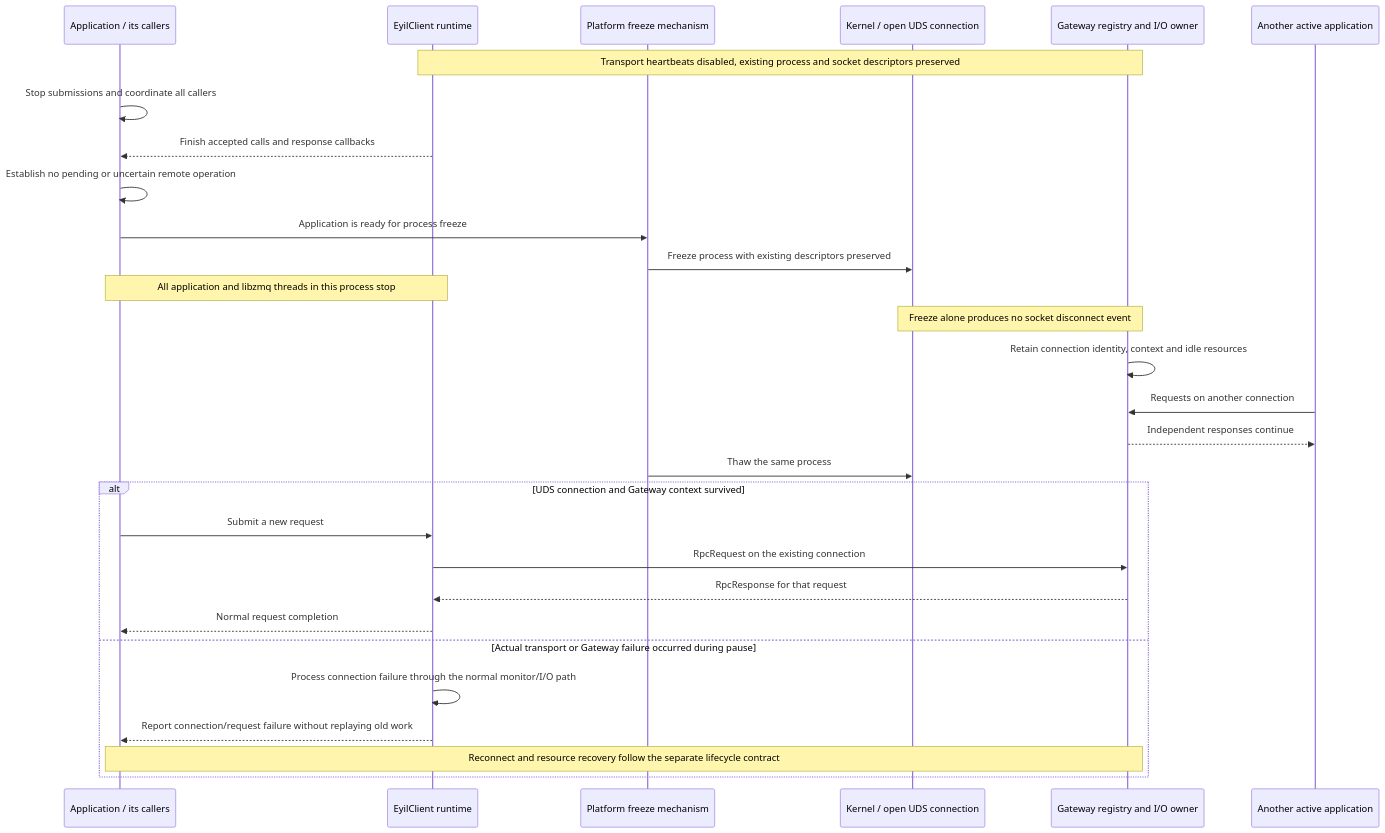
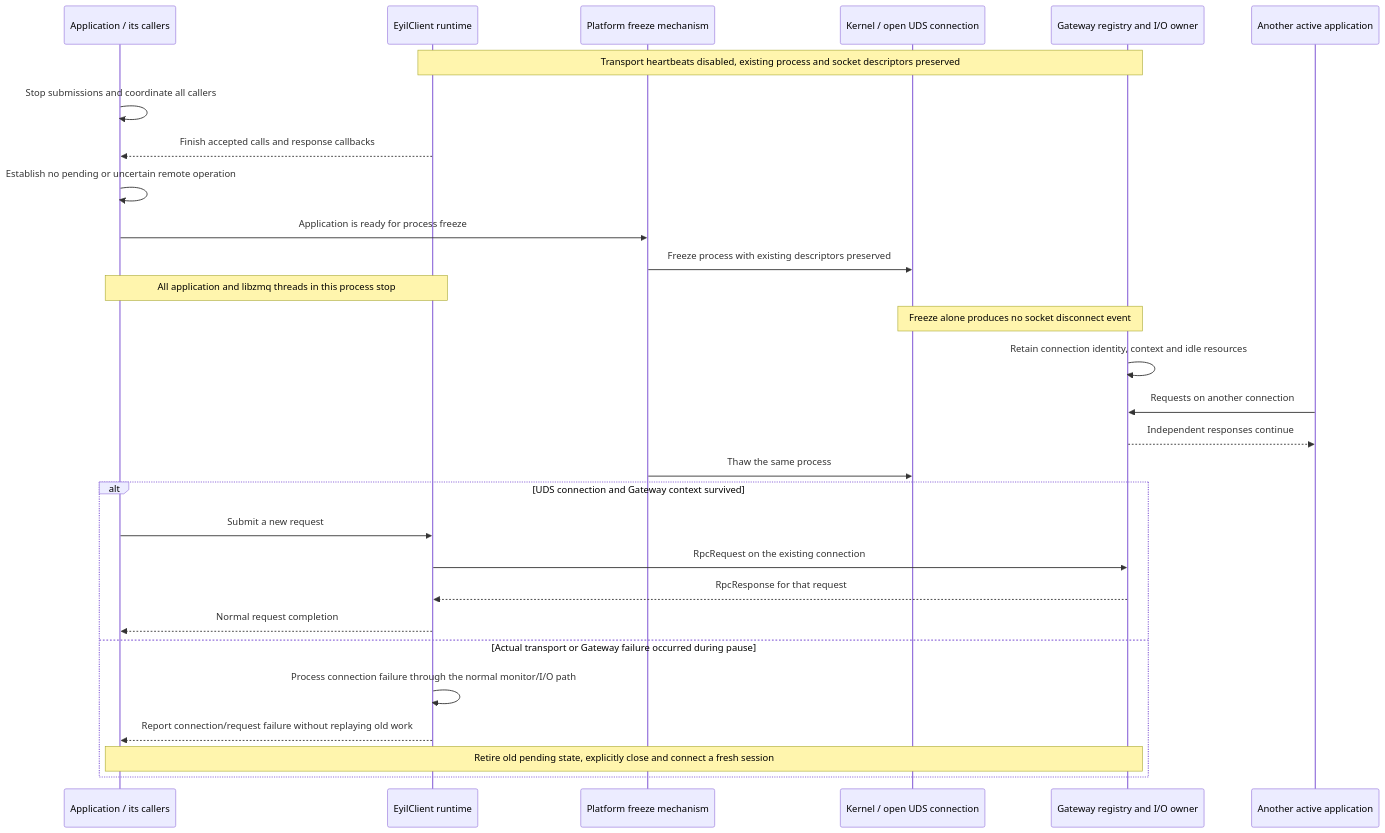
Diagram 31 of 35 in doc/EyilSecureGateway.md (rdkcentral/eyil-secure-gateway), drawn with Mermaid before and after one commit. The commit also changed other lines of this file, not shown here.

````diff
--- a/doc/EyilSecureGateway.md
+++ b/doc/EyilSecureGateway.md
@@ -3372,31 +4141,31 @@
 ```mermaid
 sequenceDiagram
     participant A as Application / its callers
     participant C as EyilClient runtime
     participant P as Platform freeze mechanism
     participant K as Kernel / open UDS connection
     participant G as Gateway registry and I/O owner
     participant O as Another active application
     Note over C,G: Transport heartbeats disabled, existing process and socket descriptors preserved
     A->>A: Stop submissions and coordinate all callers
     C-->>A: Finish accepted calls and response callbacks
     A->>A: Establish no pending or uncertain remote operation
     A->>P: Application is ready for process freeze
     P->>K: Freeze process with existing descriptors preserved
     Note over A,C: All application and libzmq threads in this process stop
     Note over K,G: Freeze alone produces no socket disconnect event
     G->>G: Retain connection identity, context and idle resources
     O->>G: Requests on another connection
     G-->>O: Independent responses continue
     P->>K: Thaw the same process
     alt UDS connection and Gateway context survived
         A->>C: Submit a new request
         C->>G: RpcRequest on the existing connection
         G-->>C: RpcResponse for that request
         C-->>A: Normal request completion
     else Actual transport or Gateway failure occurred during pause
         C->>C: Process connection failure through the normal monitor/I/O path
         C-->>A: Report connection/request failure without replaying old work
-        Note over A,G: Reconnect and resource recovery follow the separate lifecycle contract
+        Note over A,G: Retire old pending state, explicitly close and connect a fresh session
     end
 ```
````
